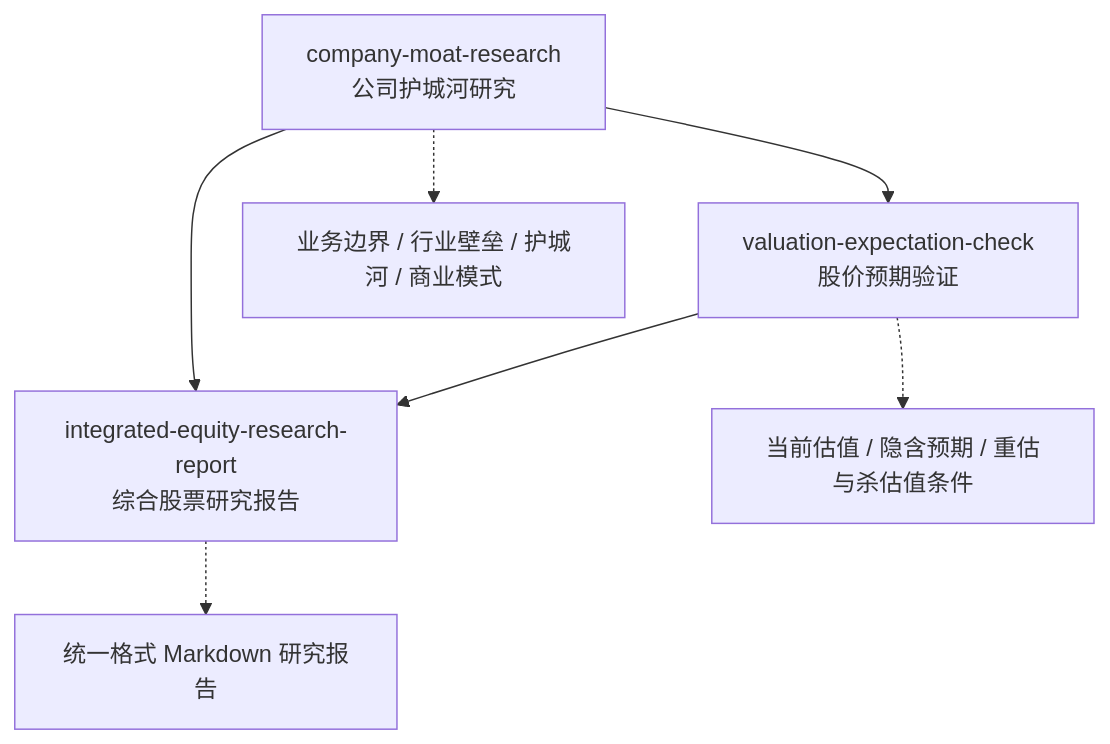
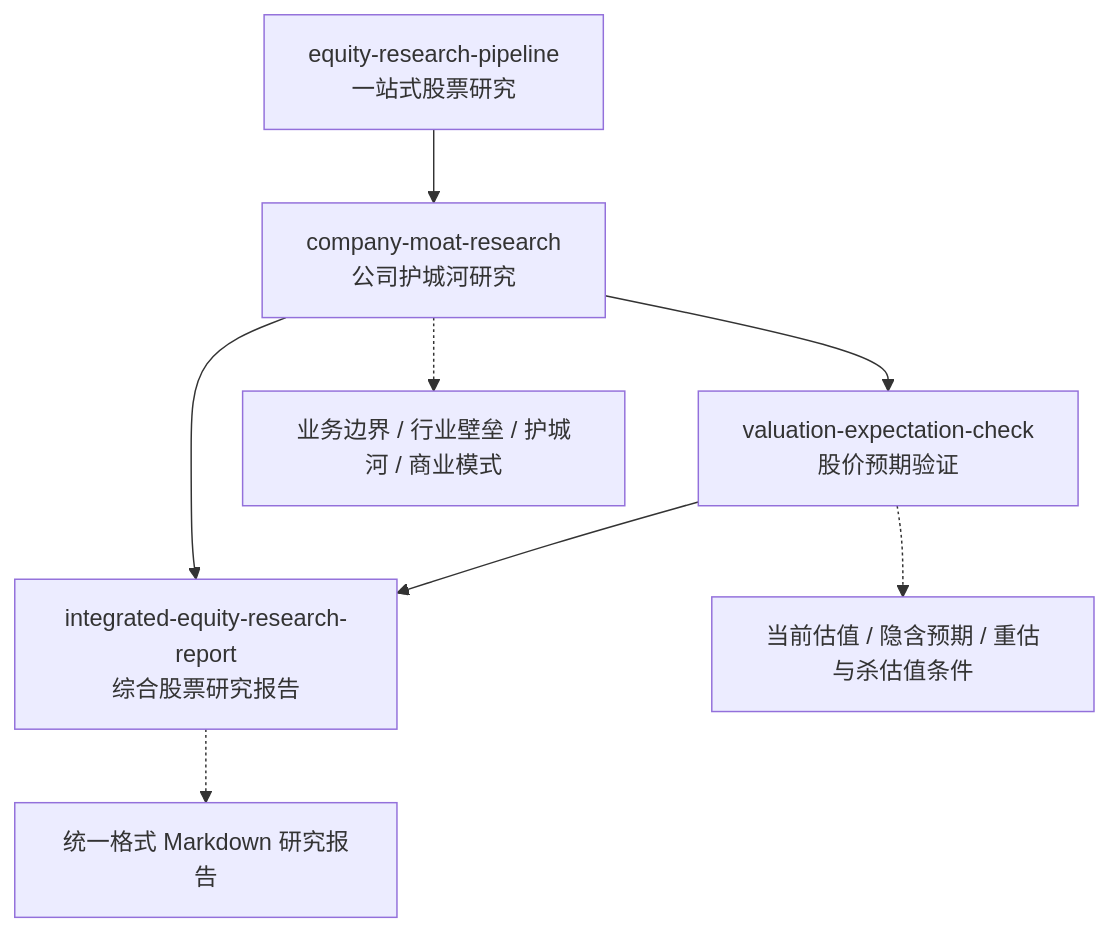
One commit to vampire-locker/investment-research-skills changed the diagram in README.md. Above: the diagram before and after it, drawn with Mermaid. The commit also changed other lines of this file and 3 other files, not shown here.

Commit message:
add equity-research-pipeline skill for one-command end-to-end research

````diff
--- a/README.md
+++ b/README.md
@@ -65,10 +67,11 @@
 ```mermaid
 flowchart TD
     A["company-moat-research<br/>公司护城河研究"] --> B["valuation-expectation-check<br/>股价预期验证"]
     A --> C["integrated-equity-research-report<br/>综合股票研究报告"]
     B --> C
+    P["equity-research-pipeline<br/>一站式股票研究"] --> A
 
     A -.-> D["业务边界 / 行业壁垒 / 护城河 / 商业模式"]
     B -.-> E["当前估值 / 隐含预期 / 重估与杀估值条件"]
     C -.-> F["统一格式 Markdown 研究报告"]
 ```
````
